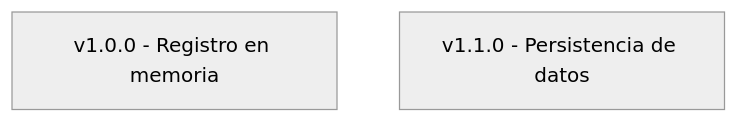
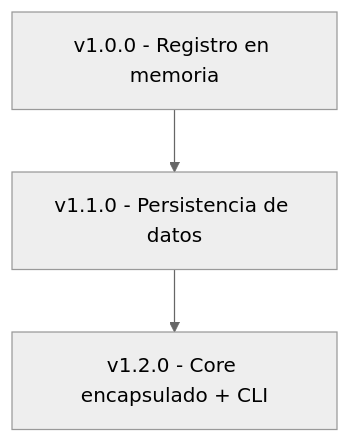
One commit to AbishaiFC/smvg-core changed the diagram in readme.md. Above: the diagram before and after it, drawn with Mermaid (neutral theme). The commit also changed other lines of this file, not shown here.

Commit message:
docs(readme): encapsulate system core, add global CLI

````diff
--- a/readme.md
+++ b/readme.md
@@ -31,5 +31,6 @@
 ```mermaid
 graph TD
-    A[v1.0.0 - Registro en memoria]
-    B[v1.1.0 - Persistencia de datos]
+    A[v1.0.0 - Registro en memoria] --> B
+    B[v1.1.0 - Persistencia de datos] --> C
+    C[v1.2.0 - Core encapsulado + CLI]
 ```
````
